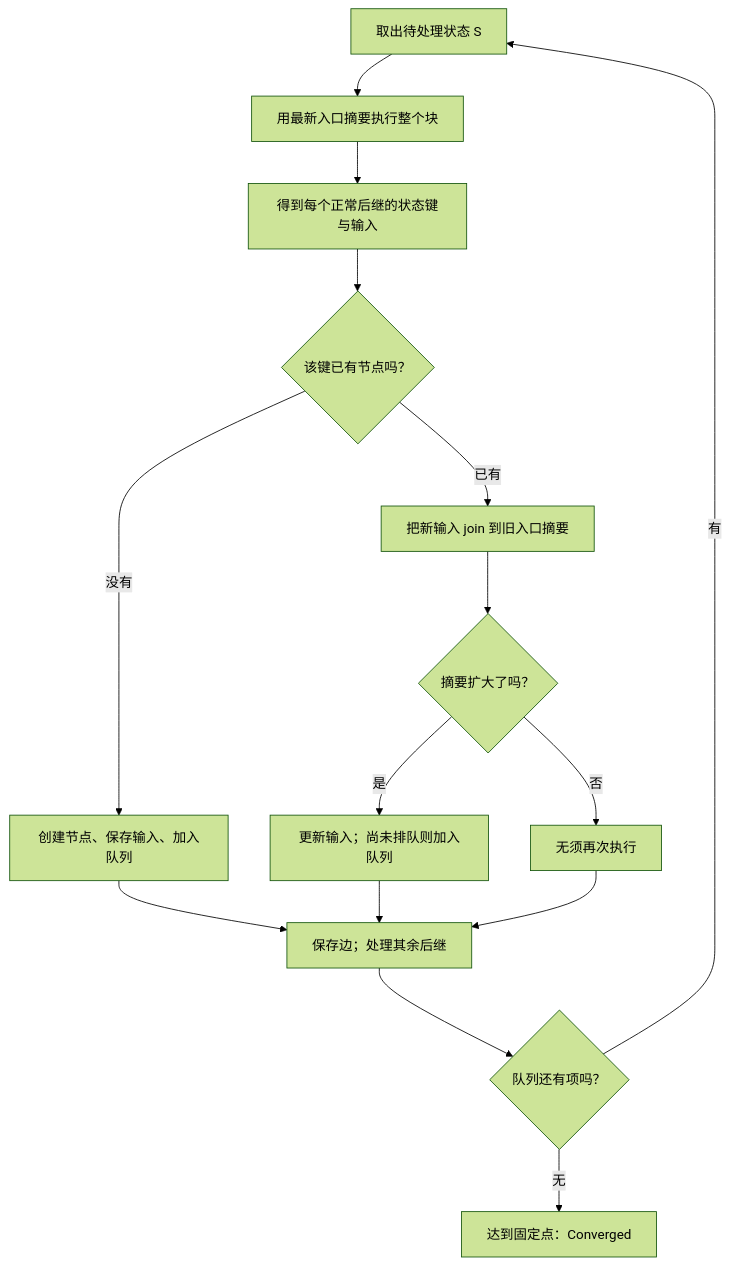
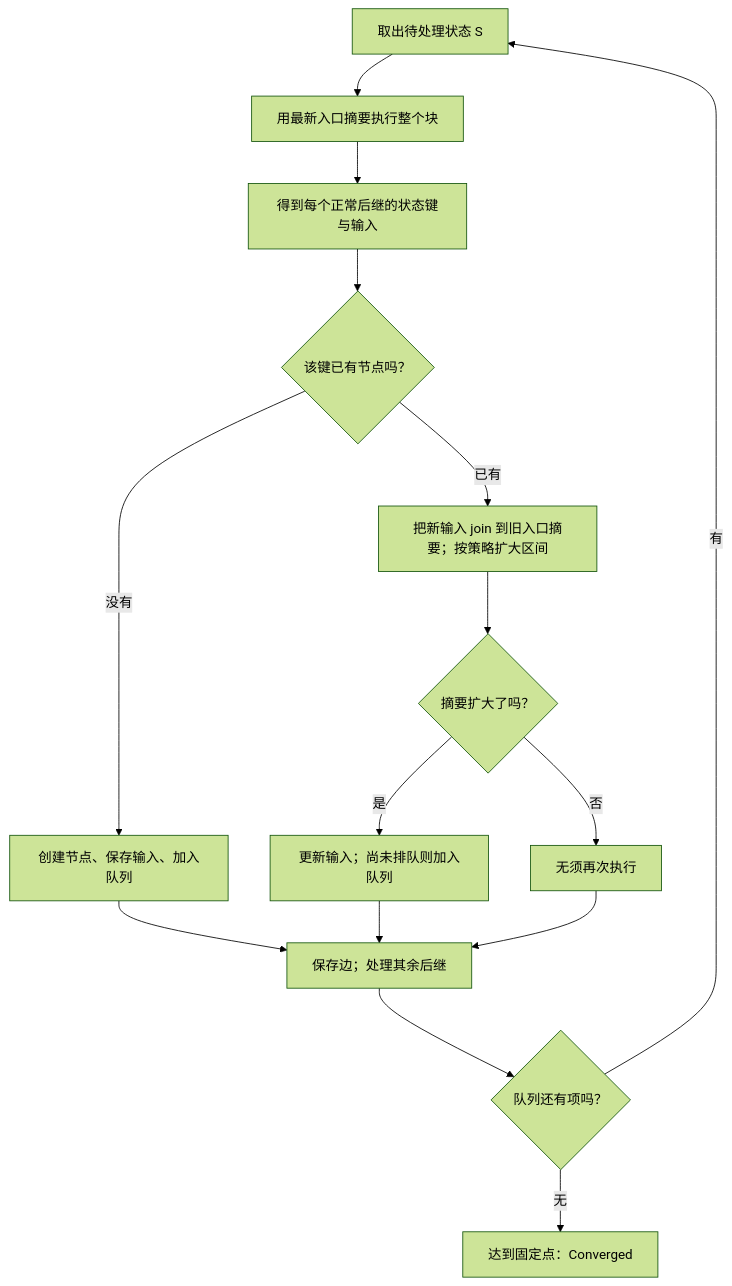
One commit to ethever/evm-abstract-lab changed the second of 2 diagrams in docs/03-cfg.md. Above: the diagram before and after it, drawn with Mermaid (forest theme). The commit also changed other lines of this file and 18 other files, not shown here.

````diff
--- a/docs/03-cfg.md
+++ b/docs/03-cfg.md
@@ -83,17 +85,17 @@
 ```mermaid
 flowchart TD
     A[取出待处理状态 S] --> B[用最新入口摘要执行整个块]
     B --> C[得到每个正常后继的状态键与输入]
     C --> D{该键已有节点吗？}
     D -->|没有| E[创建节点、保存输入、加入队列]
-    D -->|已有| F[把新输入 join 到旧入口摘要]
+    D -->|已有| F[把新输入 join 到旧入口摘要；按策略扩大区间]
     F --> G{摘要扩大了吗？}
     G -->|是| H[更新输入；尚未排队则加入队列]
     G -->|否| I[无须再次执行]
     E --> J[保存边；处理其余后继]
     H --> J
     I --> J
     J --> K{队列还有项吗？}
     K -->|有| A
     K -->|无| L[达到固定点：Converged]
 ```
````
